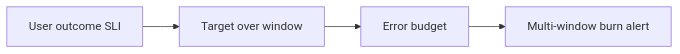
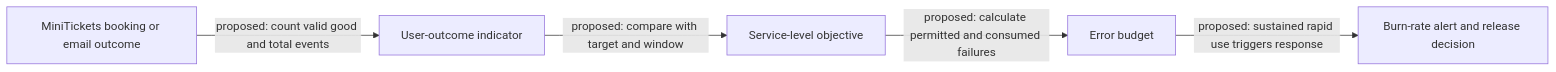
One commit to maheshnd/minitickets changed the diagram in docs/handbook/concepts/slo-error-budget.md. Above: the diagram before and after it, drawn with Mermaid. The commit also changed other lines of this file and 119 other files, not shown here.

````diff
--- a/docs/handbook/concepts/slo-error-budget.md
+++ b/docs/handbook/concepts/slo-error-budget.md
@@ -17,7 +19,7 @@
 ```mermaid
 flowchart LR
-    n0["User outcome SLI"] --> n1
-    n1["Target over window"] --> n2
-    n2["Error budget"] --> n3
-    n3["Multi-window burn alert"]
+    O["MiniTickets booking or email outcome"] -->|"proposed: count valid good and total events"| I["User-outcome indicator"]
+    I -->|"proposed: compare with target and window"| S["Service-level objective"]
+    S -->|"proposed: calculate permitted and consumed failures"| B["Error budget"]
+    B -->|"proposed: sustained rapid use triggers response"| A["Burn-rate alert and release decision"]
 ```
````
